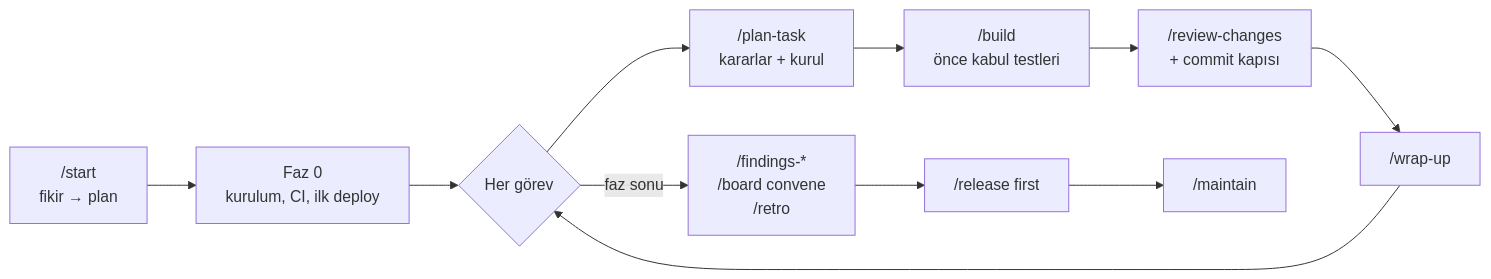
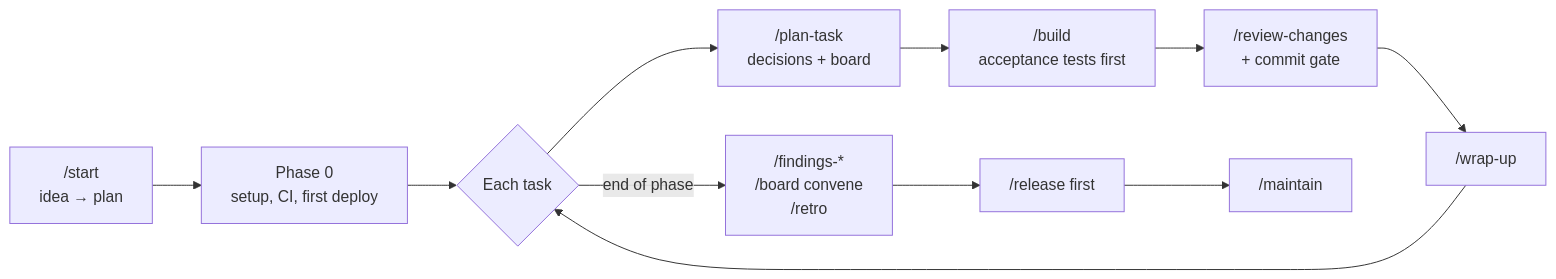
One commit to burakdogrul/TillerHand changed the diagram in README.md. Above: the diagram before and after it, drawn with Mermaid. The commit also changed other lines of this file and 128 other files, not shown here.

````diff
--- a/README.md
+++ b/README.md
@@ -145,13 +147,13 @@
 ```mermaid
 flowchart LR
-    A["/start<br/>fikir → plan"] --> B["Faz 0<br/>kurulum, CI, ilk deploy"]
-    B --> C{"Her görev"}
-    C --> D["/plan-task<br/>kararlar + kurul"]
-    D --> E["/build<br/>önce kabul testleri"]
-    E --> F["/review-changes<br/>+ commit kapısı"]
+    A["/start<br/>idea → plan"] --> B["Phase 0<br/>setup, CI, first deploy"]
+    B --> C{"Each task"}
+    C --> D["/plan-task<br/>decisions + board"]
+    D --> E["/build<br/>acceptance tests first"]
+    E --> F["/review-changes<br/>+ commit gate"]
     F --> G["/wrap-up"]
     G --> C
-    C -->|"faz sonu"| H["/findings-*<br/>/board convene<br/>/retro"]
+    C -->|"end of phase"| H["/findings-*<br/>/board convene<br/>/retro"]
     H --> I["/release first"]
     I --> J["/maintain"]
 ```
````
